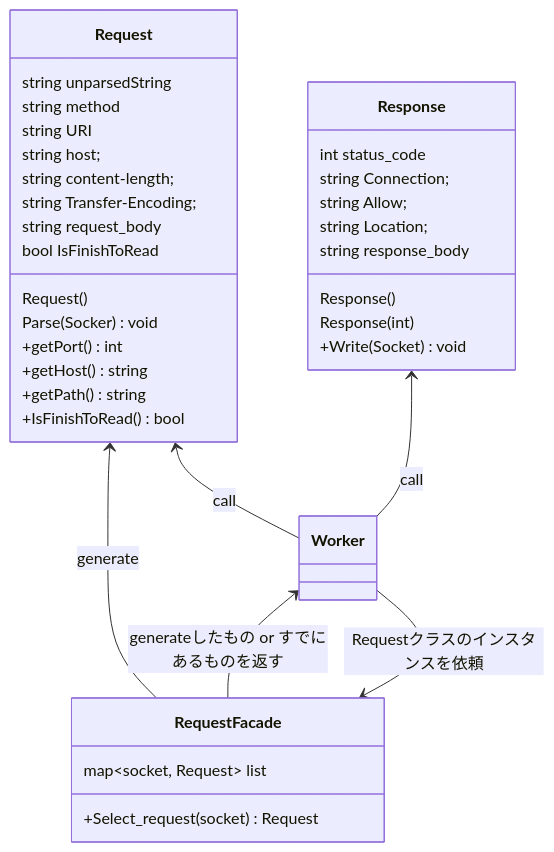
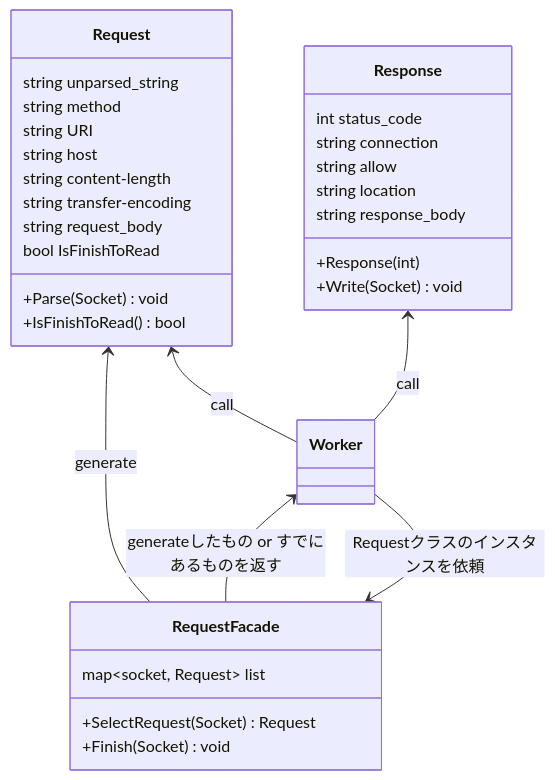
The diagram in docs/class/http_class.md (katataku/webserv), drawn with Mermaid before and after one commit. The commit also changed other lines of this file, not shown here.

````diff
--- a/docs/class/http_class.md
+++ b/docs/class/http_class.md
@@ -1,47 +1,43 @@
 ```mermaid
 classDiagram
    class RequestFacade{
         map~socket, Request~ list
-        +Select_request(socket) Request
+        +SelectRequest(Socket) Request
+        +Finish(Socket) void
     }
 
    class Request{
-        string unparsedString
+        string unparsed_string
         string method
         string URI
-        string host;
-        string content-length;
-        string Transfer-Encoding;
+        string host
+        string content-length
+        string transfer-encoding
         string request_body
         bool IsFinishToRead
         
-        Request()
-        Parse(Socker) void
-        +getPort() int
-        +getHost() string
-        +getPath() string
+        +Parse(Socket) void
         +IsFinishToRead() bool
     }
 
     class Response{
         int status_code
-        string Connection;
-        string Allow;
-        string Location;
+        string connection
+        string allow
+        string location
+        string response_body
 
-        Response()
-        Response(int)
-        string response_body
+        +Response(int)
         +Write(Socket) void
     }
 
 
 Request <-- RequestFacade : generate
 
 Worker <-- RequestFacade : generateしたもの or すでにあるものを返す
 Worker --> RequestFacade : Requestクラスのインスタンスを依頼
 
 
 Request  <--  Worker :call
 Response  <--  Worker :call
 ```
````
